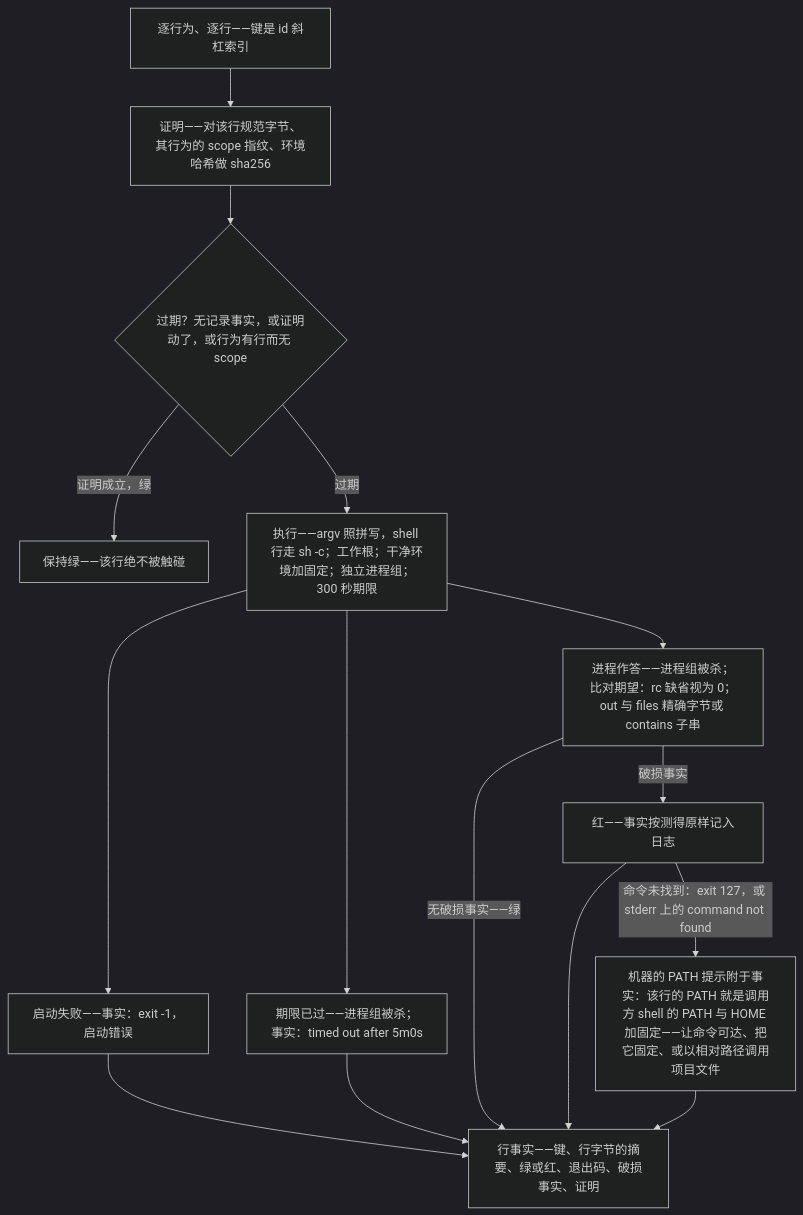
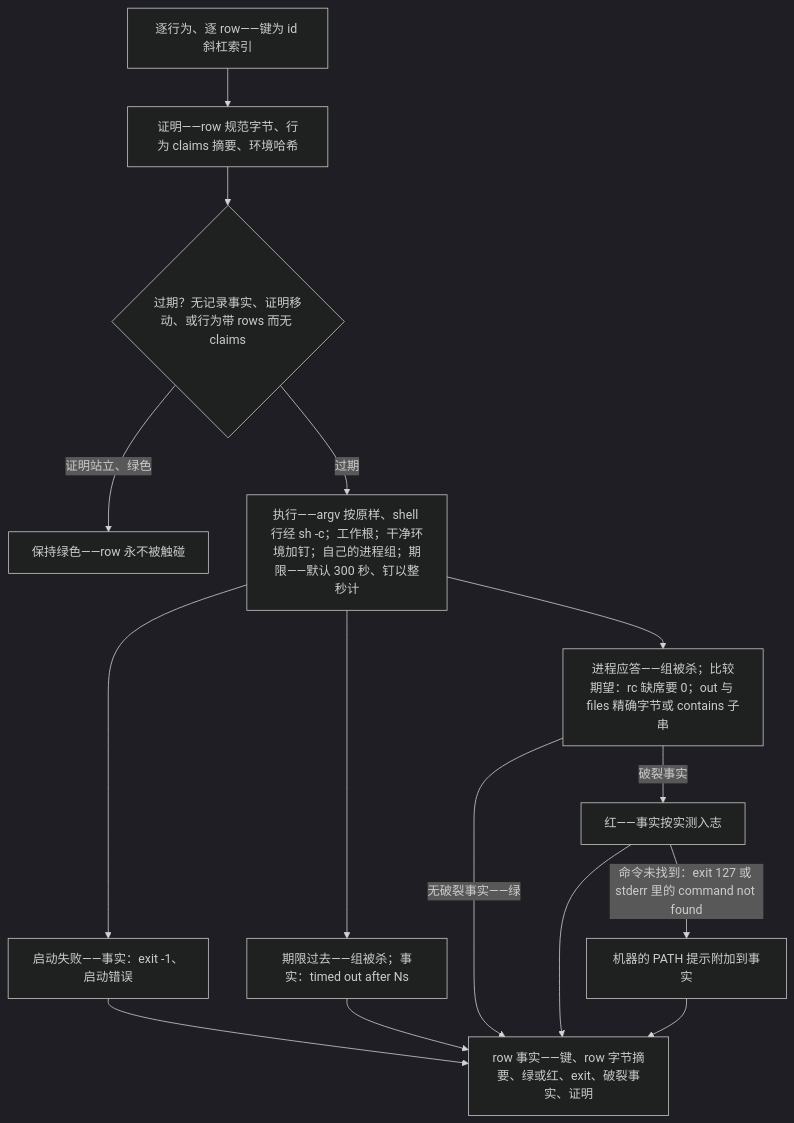
Before and after one commit to neurophant/punchtape: the sixth of 9 diagrams in docs/ARCHITECTURE.zh.md, drawn with Mermaid (dark theme). The commit also changed other lines of this file and 80 other files, not shown here.

````diff
--- a/docs/ARCHITECTURE.zh.md
+++ b/docs/ARCHITECTURE.zh.md
@@ -264,17 +468,17 @@
 ```mermaid
 flowchart TD
-    K["逐行为、逐行——键是 id 斜杠索引"] --> P["证明——对该行规范字节、其行为的 scope 指纹、环境哈希做 sha256"]
-    P --> Q{"过期？无记录事实，或证明动了，或行为有行而无 scope"}
-    Q -- "证明成立，绿" --> KG["保持绿——该行绝不被触碰"]
-    Q -- "过期" --> EX["执行——argv 照拼写，shell 行走 sh -c；工作根；干净环境加固定；独立进程组；300 秒期限"]
-    EX --> O1["启动失败——事实：exit -1，启动错误"]
-    EX --> O2["期限已过——进程组被杀；事实：timed out after 5m0s"]
-    EX --> O3["进程作答——进程组被杀；比对期望：rc 缺省视为 0；out 与 files 精确字节或 contains 子串"]
-    O1 --> F["行事实——键、行字节的摘要、绿或红、退出码、破损事实、证明"]
+    K["逐行为、逐 row——键为 id 斜杠索引"] --> P["证明——row 规范字节、行为 claims 摘要、环境哈希"]
+    P --> Q{"过期？无记录事实、证明移动、或行为带 rows 而无 claims"}
+    Q -- "证明站立、绿色" --> KG["保持绿色——row 永不被触碰"]
+    Q -- "过期" --> EX["执行——argv 按原样、shell 行经 sh -c；工作根；干净环境加钉；自己的进程组；期限——默认 300 秒、钉以整秒计"]
+    EX --> O1["启动失败——事实：exit -1、启动错误"]
+    EX --> O2["期限过去——组被杀；事实：timed out after Ns"]
+    EX --> O3["进程应答——组被杀；比较期望：rc 缺席要 0；out 与 files 精确字节或 contains 子串"]
+    O1 --> F["row 事实——键、row 字节摘要、绿或红、exit、破裂事实、证明"]
     O2 --> F
-    O3 -- "无破损事实——绿" --> F
-    O3 -- "破损事实" --> RD["红——事实按测得原样记入日志"]
+    O3 -- "无破裂事实——绿" --> F
+    O3 -- "破裂事实" --> RD["红——事实按实测入志"]
     RD --> F
-    RD -- "命令未找到：exit 127，或 stderr 上的 command not found" --> HN["机器的 PATH 提示附于事实：该行的 PATH 就是调用方 shell 的 PATH 与 HOME 加固定——让命令可达、把它固定、或以相对路径调用项目文件"]
+    RD -- "命令未找到：exit 127 或 stderr 里的 command not found" --> HN["机器的 PATH 提示附加到事实"]
     HN --> F
 ```
````
